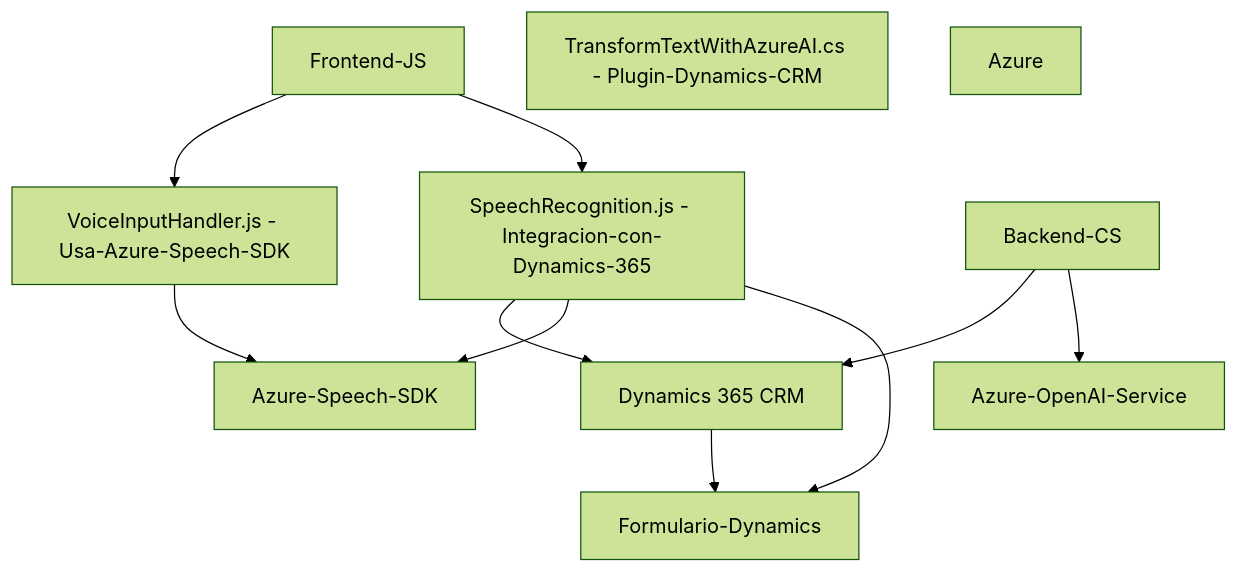
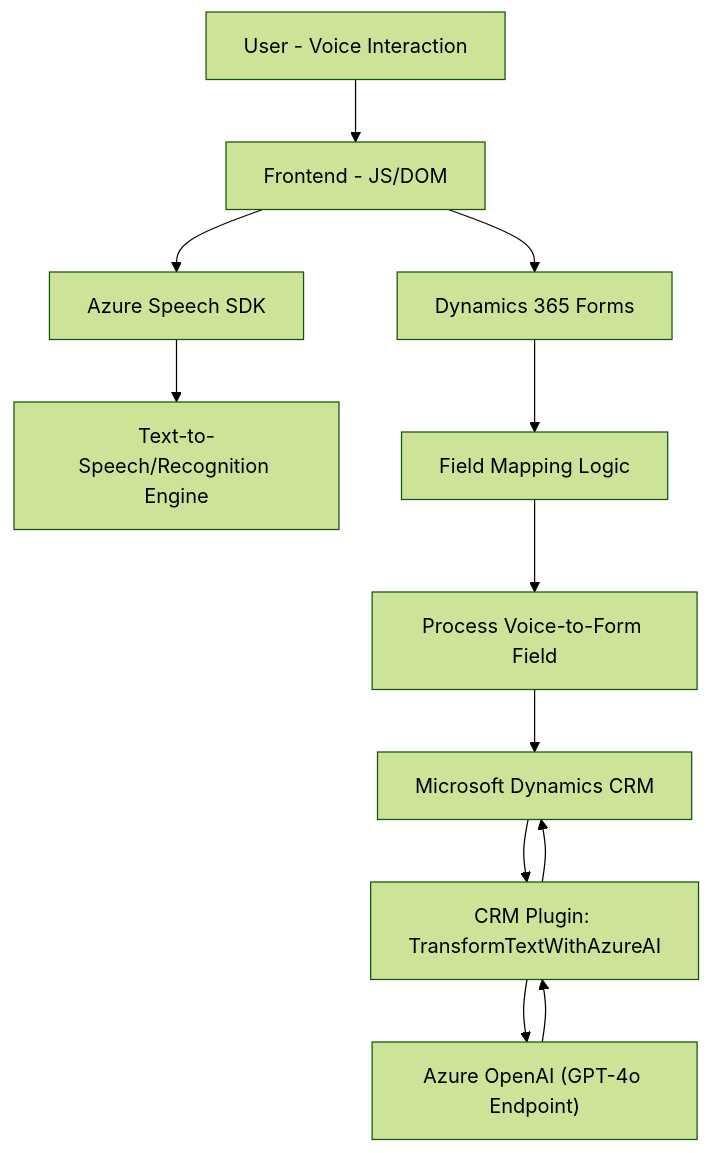
The diagram in README.md (blopezdm/NETCORE_BILBAO2025), drawn with Mermaid (forest theme) before and after one commit. The commit also changed other lines of this file, not shown here.

Commit message:
Actualizar análisis global de la solución con IA

````diff
--- a/README.md
+++ b/README.md
@@ -44,23 +37,15 @@
 ```mermaid
 graph TD
-    A[Frontend-JS]
-    A1["VoiceInputHandler.js - Usa-Azure-Speech-SDK"]
-    A2["SpeechRecognition.js - Integracion-con-Dynamics-365"]
-    B[Backend-CS]
-    B1["TransformTextWithAzureAI.cs - Plugin-Dynamics-CRM"]
-    C[Azure]
-    C1["Azure-Speech-SDK"]
-    C2["Azure-OpenAI-Service"]
-    D["Dynamics 365 CRM"]
-    E["Formulario-Dynamics"]
+    A["User - Voice Interaction"] --> B["Frontend - JS/DOM"]
+    B --> C["Azure Speech SDK"]
+    C --> D["Text-to-Speech/Recognition Engine"]
+    B --> E["Dynamics 365 Forms"]
+    E --> F["Field Mapping Logic"]
+    F --> G["Process Voice-to-Form Field"]
+    G --> H["Microsoft Dynamics CRM"]
 
-    A --> A1
-    A --> A2
-    A1 --> C1
-    A2 --> D
-    A2 --> C1
-    B --> D
-    B --> C2
-    D --> E
-    A2 --> E
+    H --> I["CRM Plugin: TransformTextWithAzureAI"]
+    I --> J["Azure OpenAI (GPT-4o Endpoint)"]
+    J --> I
+    I --> H
 ```
````
